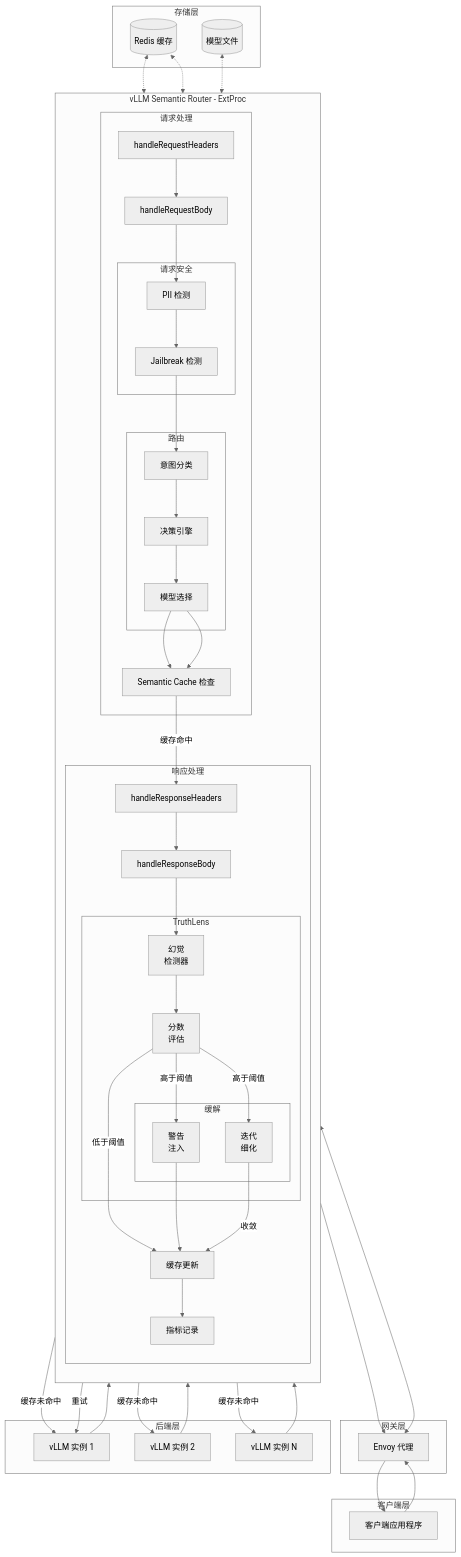
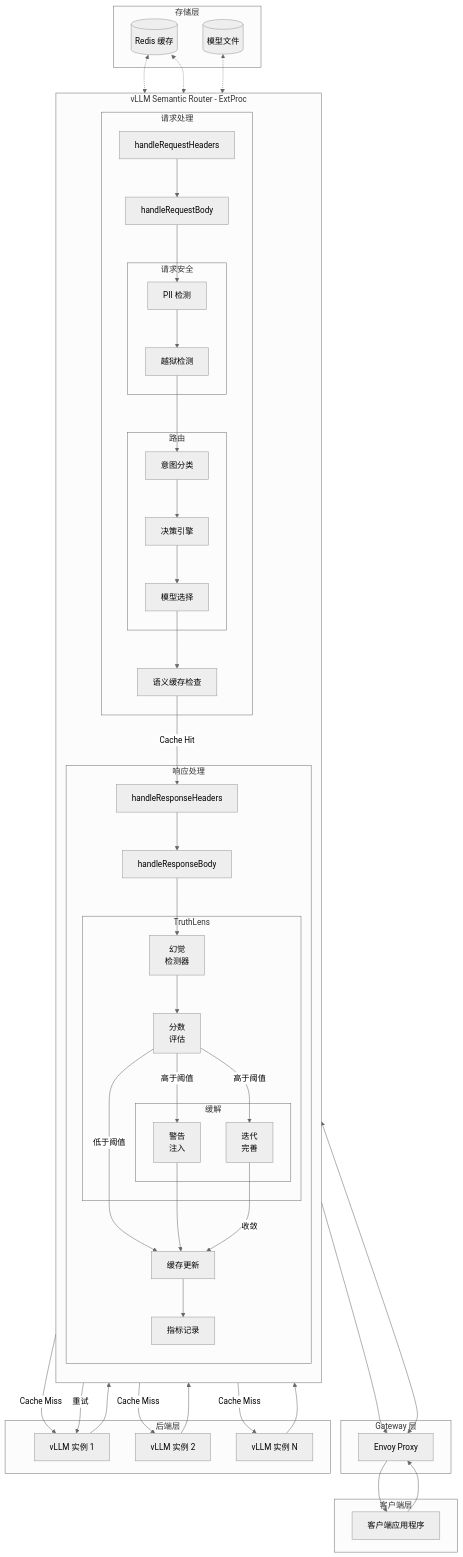
Before and after one commit to vllm-project/semantic-router: the seventh of 7 diagrams in website/i18n/zh-Hans/docusaurus-plugin-content-docs/current/proposals/hallucination-mitigation-milestone.md, drawn with Mermaid (neutral theme). The commit also changed other lines of this file and 1 other file, not shown here.

```diff
--- a/website/i18n/zh-Hans/docusaurus-plugin-content-docs/current/proposals/hallucination-mitigation-milestone.md
+++ b/website/i18n/zh-Hans/docusaurus-plugin-content-docs/current/proposals/hallucination-mitigation-milestone.md
@@ -778,8 +779,8 @@
         CLIENT[客户端应用程序]
     end
 
-    subgraph "网关层"
-        ENVOY[Envoy 代理]
+    subgraph "Gateway 层"
+        ENVOY[Envoy Proxy]
     end
 
     subgraph "vLLM Semantic Router - ExtProc"
@@ -791,7 +792,7 @@
 
             subgraph "请求安全"
                 PII_REQ[PII 检测]
-                JAIL[Jailbreak 检测]
+                JAIL[越狱检测]
             end
 
             subgraph "路由"
@@ -800,7 +801,7 @@
                 MODEL_SEL[模型选择]
             end
 
-            CACHE_CHK[Semantic Cache 检查]
+            CACHE_CHK[语义缓存检查]
         end
 
         subgraph "响应处理"
@@ -813,7 +814,7 @@
 
                 subgraph "缓解"
                     WARN[警告<br/>注入]
-                    REFINE[迭代<br/>细化]
+                    REFINE[迭代<br/>完善]
                 end
             end
 
@@ -842,12 +843,11 @@
     CLASS --> DECISION
     DECISION --> MODEL_SEL
     MODEL_SEL --> CACHE_CHK
-    MODEL_SEL --> CACHE_CHK
 
-    CACHE_CHK -->|缓存命中| RES_H
-    CACHE_CHK -->|缓存未命中| VLLM1
-    CACHE_CHK -->|缓存未命中| VLLM2
-    CACHE_CHK -->|缓存未命中| VLLMn
+    CACHE_CHK -->|Cache Hit| RES_H
+    CACHE_CHK -->|Cache Miss| VLLM1
+    CACHE_CHK -->|Cache Miss| VLLM2
+    CACHE_CHK -->|Cache Miss| VLLMn
 
     VLLM1 --> RES_H
     VLLM2 --> RES_H
```
